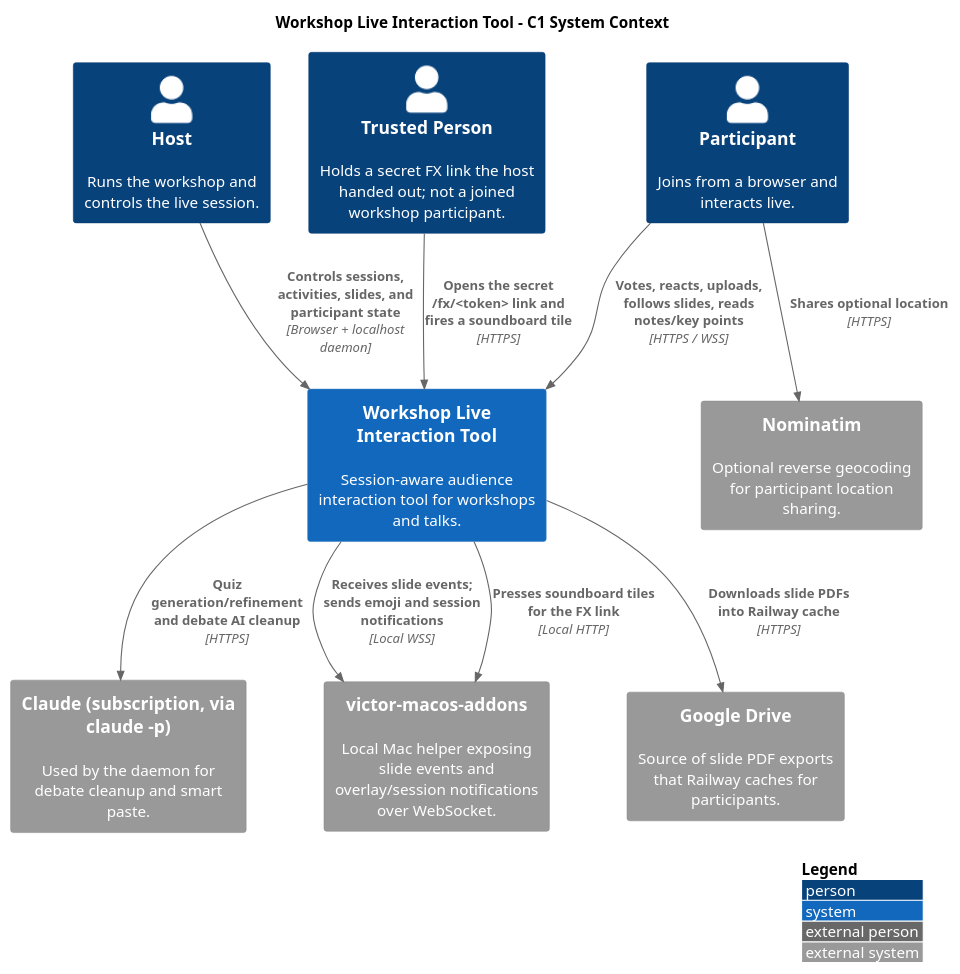
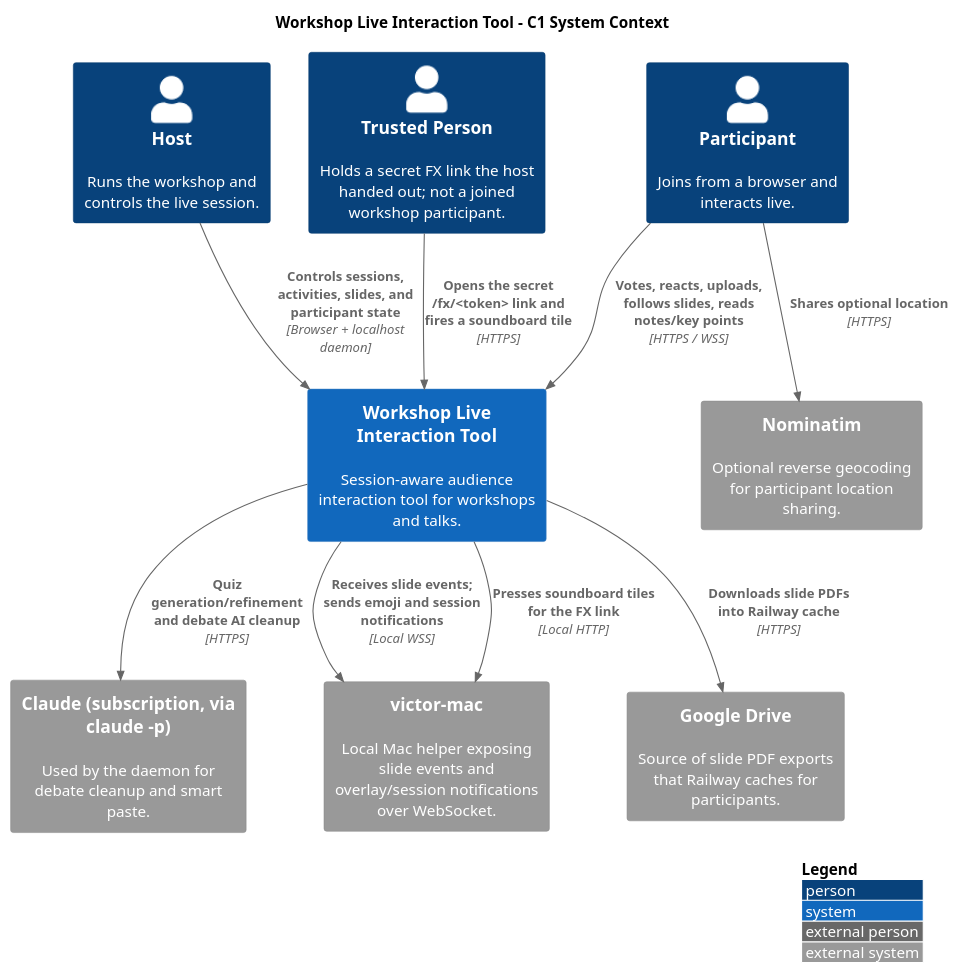
One commit to victorrentea/training-assistant changed the first of 4 diagrams in ARCHITECTURE.md. Above: the diagram before and after it, drawn with PlantUML. The commit also changed other lines of this file and 45 other files, not shown here.

First line of the commit message:
📦 victor-macos-addons is now victor-mac

````diff
--- a/ARCHITECTURE.md
+++ b/ARCHITECTURE.md
@@ -44,29 +44,29 @@
 ```plantuml
 @startuml C1_SystemContext
 !include <C4/C4_Context>
 
 title Workshop Live Interaction Tool - C1 System Context
 LAYOUT_WITH_LEGEND()
 
 Person(host, "Host", "Runs the workshop and controls the live session.")
 Person(participant, "Participant", "Joins from a browser and interacts live.")
 Person(fx_holder, "Trusted Person", "Holds a secret FX link the host handed out; not a joined workshop participant.")
 
 System(workshop, "Workshop Live Interaction Tool", "Session-aware audience interaction tool for workshops and talks.")
 
 System_Ext(claude_api, "Claude (subscription, via claude -p)", "Used by the daemon for debate cleanup and smart paste.")
-System_Ext(macos_addons, "victor-macos-addons", "Local Mac helper exposing slide events and overlay/session notifications over WebSocket.")
+System_Ext(macos_addons, "victor-mac", "Local Mac helper exposing slide events and overlay/session notifications over WebSocket.")
 System_Ext(nominatim, "Nominatim", "Optional reverse geocoding for participant location sharing.")
 System_Ext(google_drive, "Google Drive", "Source of slide PDF exports that Railway caches for participants.")
 
 Rel(host, workshop, "Controls sessions, activities, slides, and participant state", "Browser + localhost daemon")
 Rel(participant, workshop, "Votes, reacts, uploads, follows slides, reads notes/key points", "HTTPS / WSS")
 Rel(fx_holder, workshop, "Opens the secret /fx/<token> link and fires a soundboard tile", "HTTPS")
 
 Rel(workshop, claude_api, "Quiz generation/refinement and debate AI cleanup", "HTTPS")
 Rel(workshop, macos_addons, "Receives slide events; sends emoji and session notifications", "Local WSS")
 Rel(workshop, macos_addons, "Presses soundboard tiles for the FX link", "Local HTTP")
 Rel(participant, nominatim, "Shares optional location", "HTTPS")
 Rel(workshop, google_drive, "Downloads slide PDFs into Railway cache", "HTTPS")
 @enduml
 ```
````
